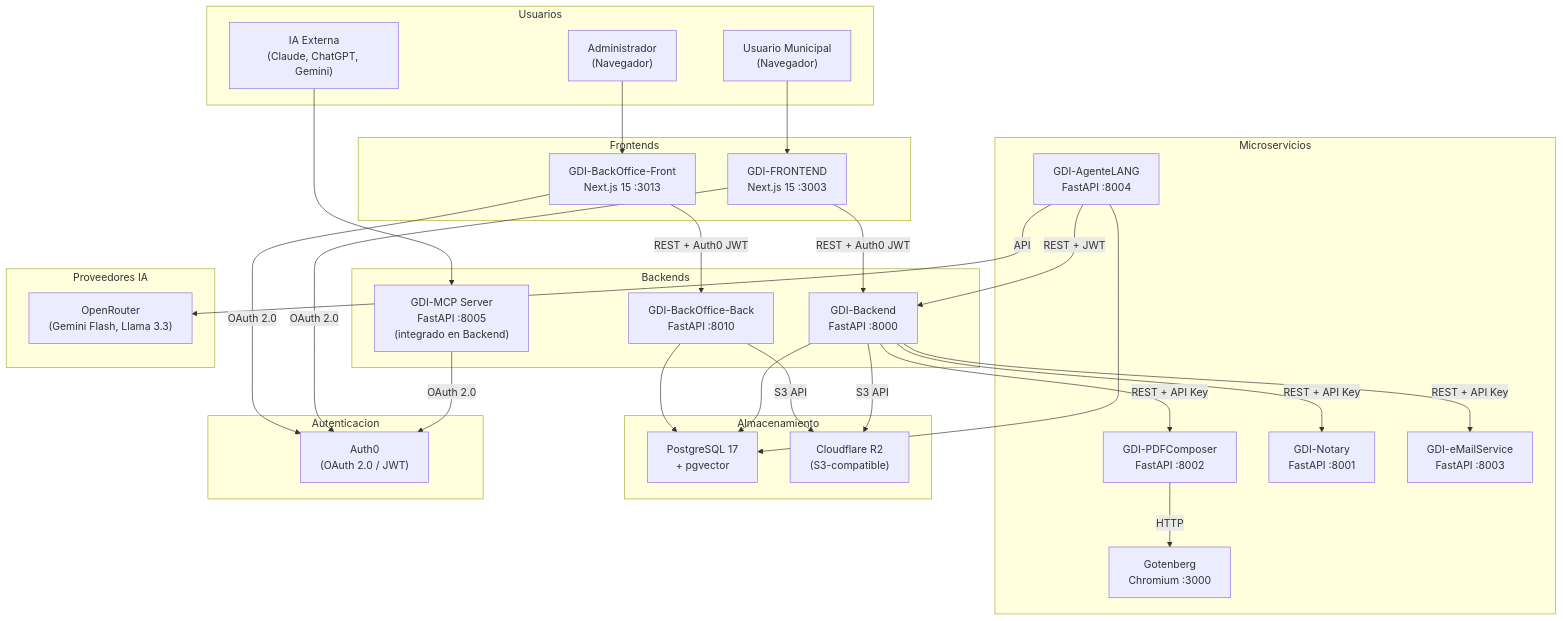
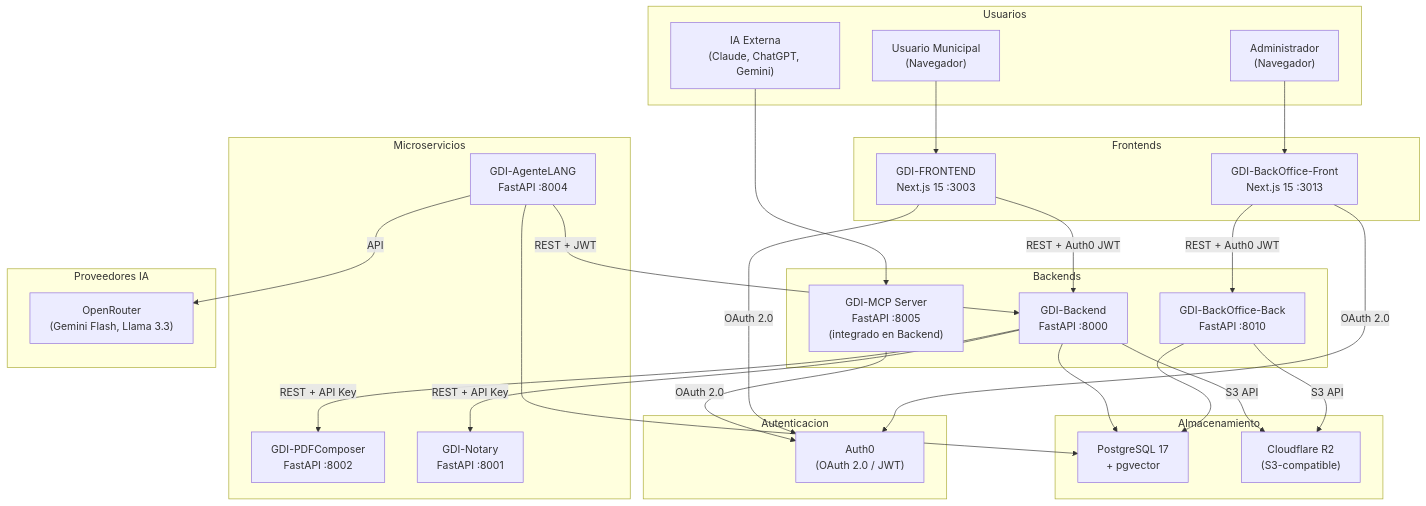
Before and after one commit to GDI-APGLv3/GDI-Docs: the first of 3 diagrams in docs/desarrollo/arquitectura/diagrama-servicios.md, drawn with Mermaid. The commit also changed other lines of this file and 43 other files, not shown here.

````diff
--- a/docs/desarrollo/arquitectura/diagrama-servicios.md
+++ b/docs/desarrollo/arquitectura/diagrama-servicios.md
@@ -5,67 +5,62 @@
 ```mermaid
 graph TB
     subgraph Usuarios["Usuarios"]
         U1["Usuario Municipal<br/>(Navegador)"]
         U2["Administrador<br/>(Navegador)"]
         U3["IA Externa<br/>(Claude, ChatGPT, Gemini)"]
     end
 
     subgraph Frontends["Frontends"]
         FE["GDI-FRONTEND<br/>Next.js 15 :3003"]
         BO["GDI-BackOffice-Front<br/>Next.js 15 :3013"]
     end
 
     subgraph Backends["Backends"]
         BE["GDI-Backend<br/>FastAPI :8000"]
         BOBE["GDI-BackOffice-Back<br/>FastAPI :8010"]
         MCP["GDI-MCP Server<br/>FastAPI :8005<br/>(integrado en Backend)"]
     end
 
     subgraph Microservicios["Microservicios"]
         PDF["GDI-PDFComposer<br/>FastAPI :8002"]
         NOT["GDI-Notary<br/>FastAPI :8001"]
-        EMAIL["GDI-eMailService<br/>FastAPI :8003"]
         AGENT["GDI-AgenteLANG<br/>FastAPI :8004"]
-        GOT["Gotenberg<br/>Chromium :3000"]
     end
 
     subgraph Storage["Almacenamiento"]
         PG["PostgreSQL 17<br/>+ pgvector"]
         R2["Cloudflare R2<br/>(S3-compatible)"]
     end
 
     subgraph Auth["Autenticacion"]
         A0["Auth0<br/>(OAuth 2.0 / JWT)"]
     end
 
     subgraph AI["Proveedores IA"]
         OR["OpenRouter<br/>(Gemini Flash, Llama 3.3)"]
     end
 
     U1 --> FE
     U2 --> BO
     U3 --> MCP
 
     FE -->|"REST + Auth0 JWT"| BE
     BO -->|"REST + Auth0 JWT"| BOBE
 
     BE -->|"REST + API Key"| PDF
     BE -->|"REST + API Key"| NOT
-    BE -->|"REST + API Key"| EMAIL
     BE -->|"S3 API"| R2
     BE --> PG
 
     BOBE --> PG
     BOBE -->|"S3 API"| R2
 
     MCP -->|"OAuth 2.0"| A0
 
     AGENT -->|"REST + JWT"| BE
     AGENT --> PG
     AGENT -->|"API"| OR
 
-    PDF -->|"HTTP"| GOT
-
     FE -->|"OAuth 2.0"| A0
     BO -->|"OAuth 2.0"| A0
 ```
````
